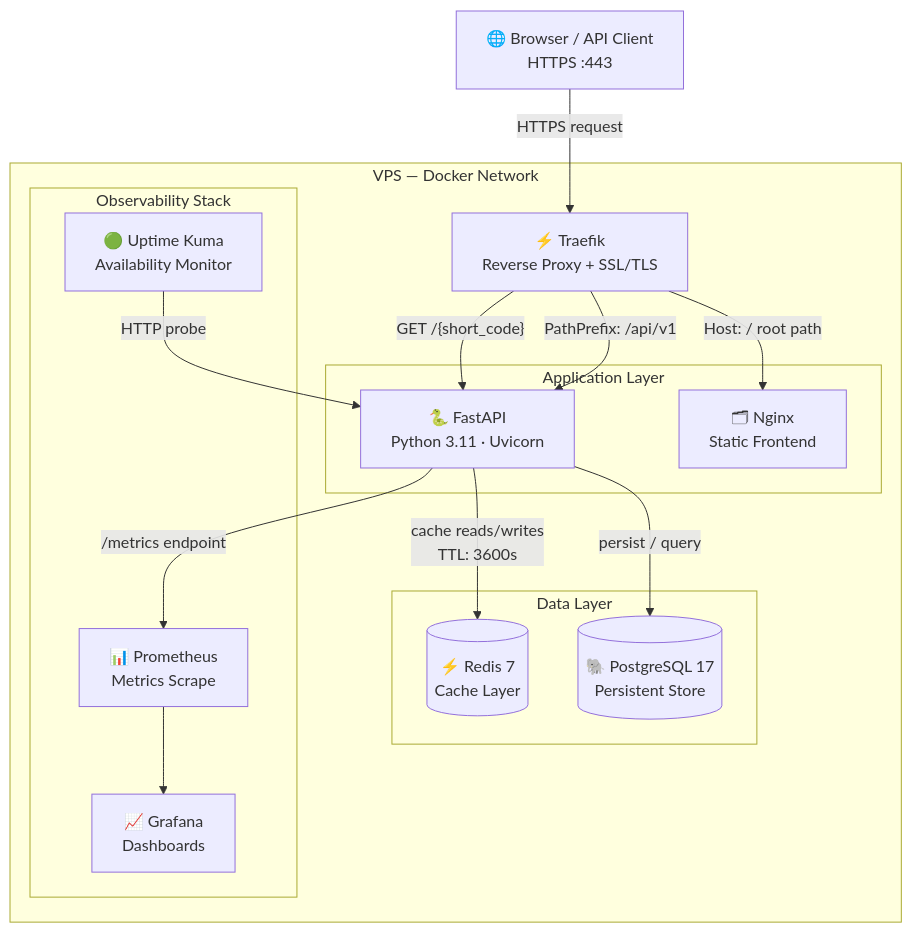
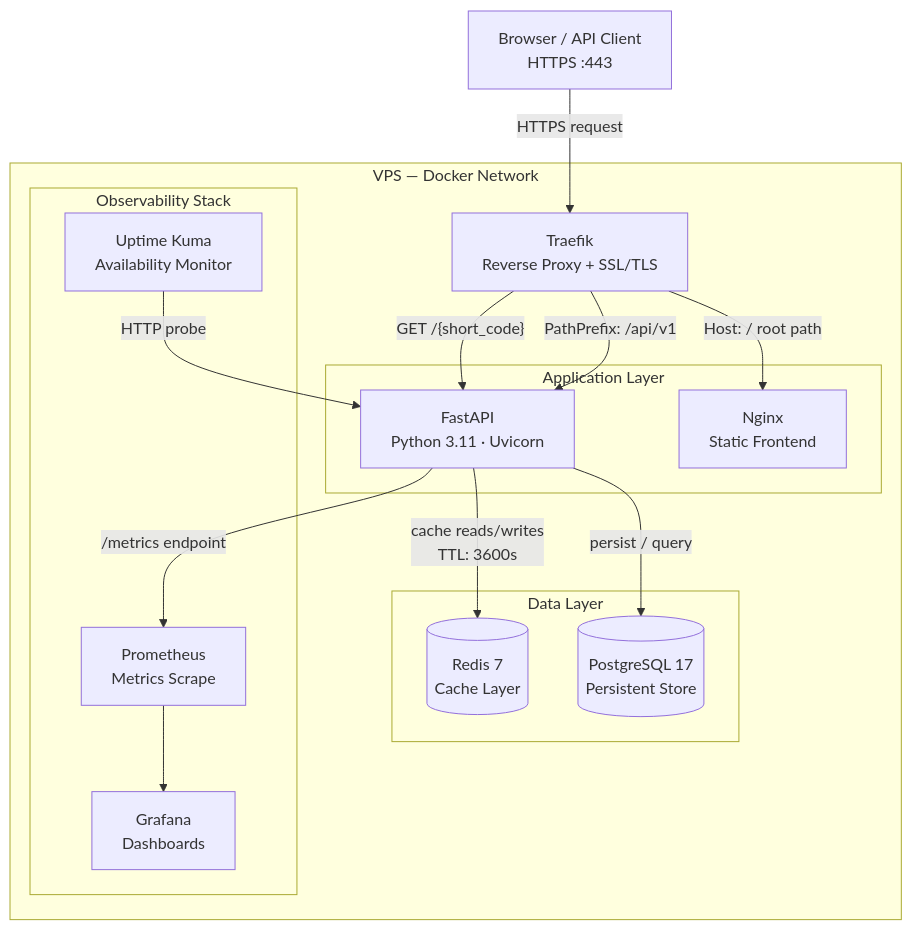
One commit to alchemistkay/url-shortener changed the first of 2 diagrams in README.md. Above: the diagram before and after it, drawn with Mermaid. The commit also changed other lines of this file, not shown here.

Commit message:
docs(readme): remove emojis from architecture diagram, revert Redis to skillicons icon

````diff
--- a/README.md
+++ b/README.md
@@ -131,34 +131,34 @@
 ```mermaid
 graph TD
-    Client["🌐 Browser / API Client\nHTTPS :443"]
+    Client["Browser / API Client\nHTTPS :443"]
 
     subgraph VPS["VPS — Docker Network"]
-        Traefik["⚡ Traefik\nReverse Proxy + SSL/TLS"]
+        Traefik["Traefik\nReverse Proxy + SSL/TLS"]
 
         subgraph App["Application Layer"]
-            Frontend["🗂 Nginx\nStatic Frontend"]
-            API["🐍 FastAPI\nPython 3.11 · Uvicorn"]
+            Frontend["Nginx\nStatic Frontend"]
+            API["FastAPI\nPython 3.11 · Uvicorn"]
         end
 
         subgraph Data["Data Layer"]
-            PG[("🐘 PostgreSQL 17\nPersistent Store")]
-            Redis[("⚡ Redis 7\nCache Layer")]
+            PG[("PostgreSQL 17\nPersistent Store")]
+            Redis[("Redis 7\nCache Layer")]
         end
 
         subgraph Obs["Observability Stack"]
-            Prom["📊 Prometheus\nMetrics Scrape"]
-            Graf["📈 Grafana\nDashboards"]
-            Kuma["🟢 Uptime Kuma\nAvailability Monitor"]
+            Prom["Prometheus\nMetrics Scrape"]
+            Graf["Grafana\nDashboards"]
+            Kuma["Uptime Kuma\nAvailability Monitor"]
         end
     end
 
     Client -->|"HTTPS request"| Traefik
     Traefik -->|"Host: / root path"| Frontend
     Traefik -->|"PathPrefix: /api/v1"| API
     Traefik -->|"GET /{short_code}"| API
     API -->|"persist / query"| PG
     API -->|"cache reads/writes\nTTL: 3600s"| Redis
     API -->|"/metrics endpoint"| Prom
     Prom --> Graf
     Kuma -->|"HTTP probe"| API
 ```
````
